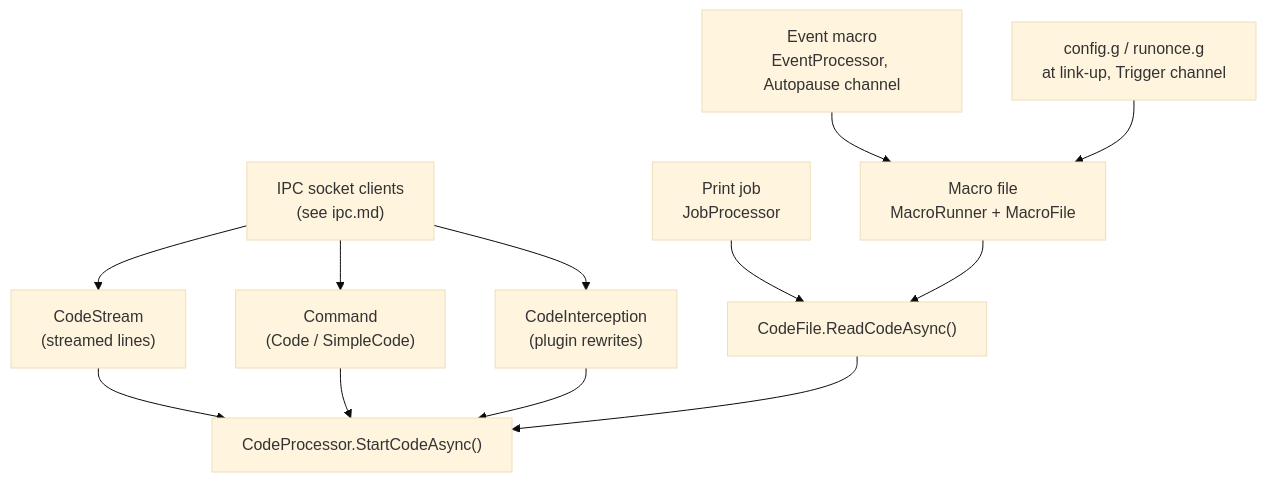
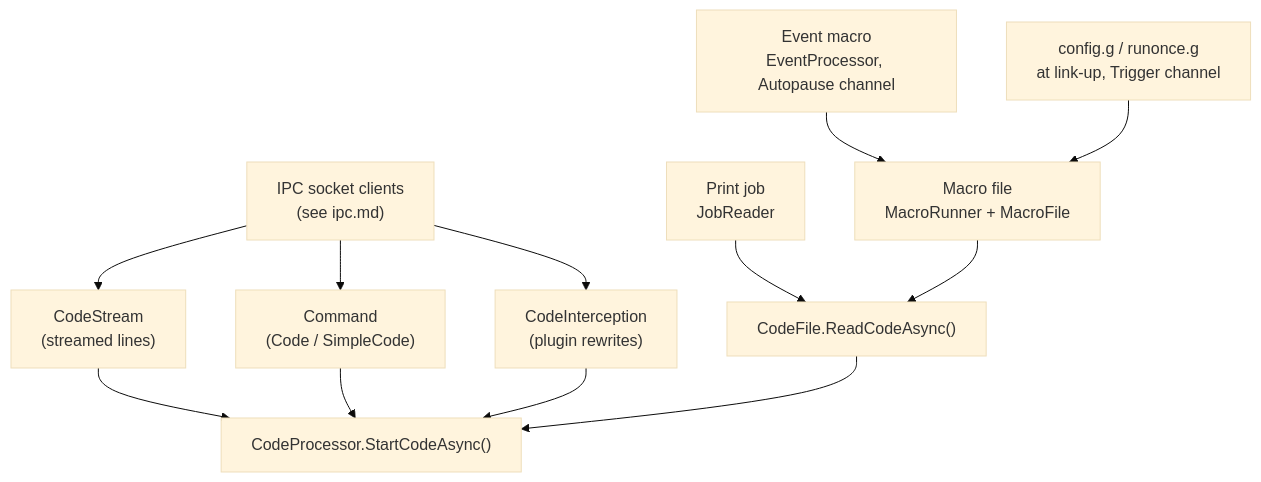
Before and after one commit to Duet3D/DuetSoftwareFramework: the first of 3 diagrams in src/Documentation/articles/gcode-flow.md, drawn with Mermaid (base theme). The commit also changed 29 other files, not shown here.

First line of the commit message:
feat: replace JobProcessor with a job actor

````diff
--- a/src/Documentation/articles/gcode-flow.md
+++ b/src/Documentation/articles/gcode-flow.md
@@ -65,19 +65,19 @@
 ```mermaid
 flowchart TD
     IPC["IPC socket clients<br/>(see ipc.md)"] --> CSTREAM["CodeStream<br/>(streamed lines)"]
     IPC --> CMD["Command<br/>(Code / SimpleCode)"]
     IPC --> INTERCEPT["CodeInterception<br/>(plugin rewrites)"]
 
-    FILEJOB["Print job<br/>JobProcessor"] --> CODEFILE["CodeFile.ReadCodeAsync()"]
+    FILEJOB["Print job<br/>JobReader"] --> CODEFILE["CodeFile.ReadCodeAsync()"]
     MACRO["Macro file<br/>MacroRunner + MacroFile"] --> CODEFILE
 
     EVENT["Event macro<br/>EventProcessor, Autopause channel"] --> MACRO
     STARTUP["config.g / runonce.g<br/>at link-up, Trigger channel"] --> MACRO
 
     CSTREAM --> START
     CMD --> START
     INTERCEPT --> START
     CODEFILE --> START
 
     START["CodeProcessor.StartCodeAsync()"]
 ```
````
